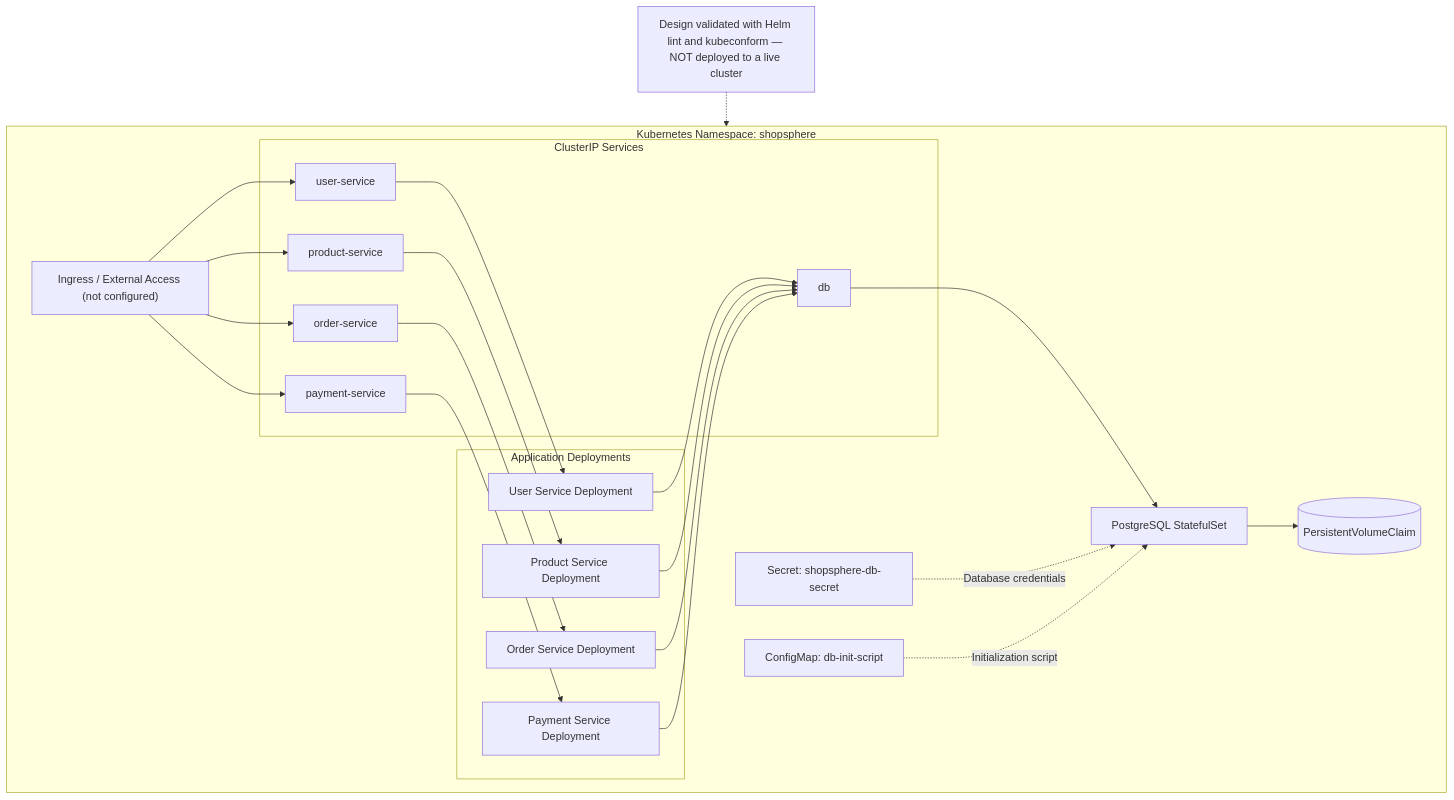
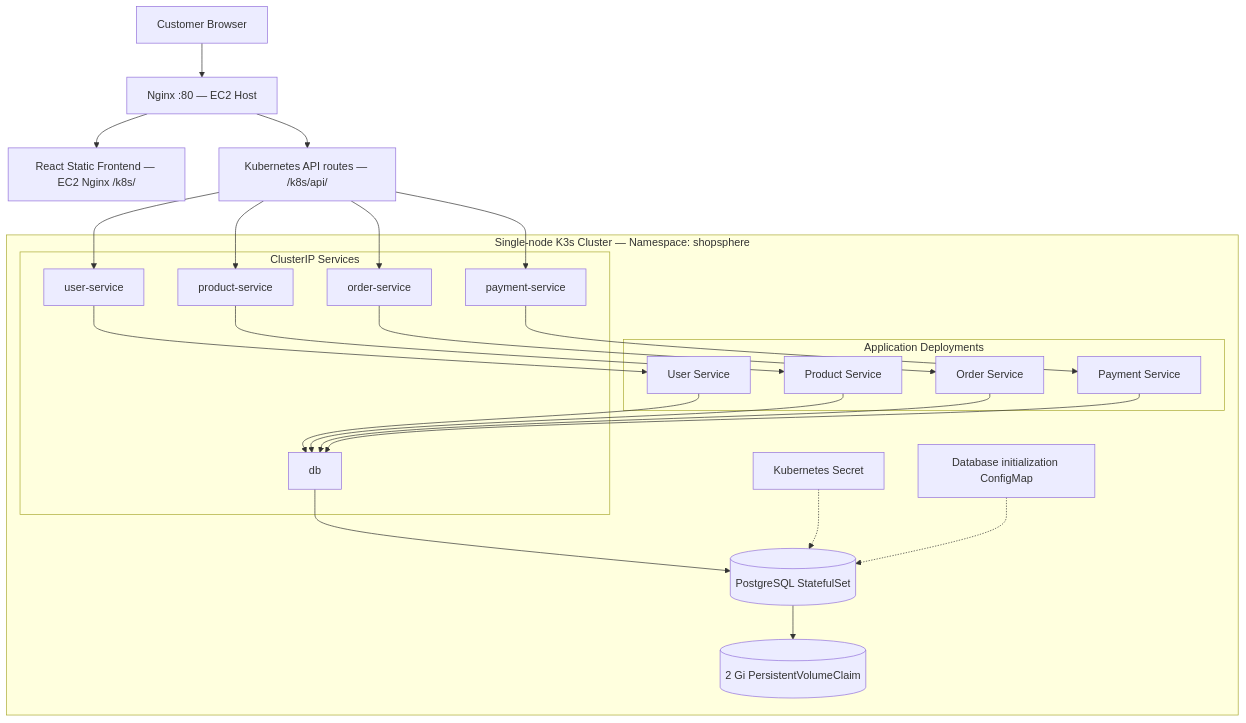
Before and after one commit to ahmad24mliwala/shopsphere-devops-platform: the third of 3 diagrams in README.md, drawn with Mermaid. The commit also changed other lines of this file and 3 other files, not shown here.

Commit message:
Complete Kubernetes deployment and update project documentation

````diff
--- a/README.md
+++ b/README.md
@@ -296,47 +325,49 @@
 ```mermaid
 flowchart TB
-    STATUS["Design validated with Helm lint and kubeconform — NOT deployed to a live cluster"]
+    USER["Customer Browser"]
+    NGINX["Nginx :80 — EC2 Host"]
+    FRONTEND["React Static Frontend — EC2 Nginx /k8s/"]
+    API["Kubernetes API routes — /k8s/api/"]
 
-    subgraph K8S["Kubernetes Namespace: shopsphere"]
-        ING["Ingress / External Access (not configured)"]
-
+    subgraph K8S["Single-node K3s Cluster — Namespace: shopsphere"]
         subgraph APPS["Application Deployments"]
-            U["User Service Deployment"]
-            P["Product Service Deployment"]
-            O["Order Service Deployment"]
-            PAY["Payment Service Deployment"]
+            U["User Service"]
+            P["Product Service"]
+            O["Order Service"]
+            PAY["Payment Service"]
         end
 
         subgraph SERVICES["ClusterIP Services"]
             US["user-service"]
             PS["product-service"]
             OS["order-service"]
             PAYS["payment-service"]
             DBS["db"]
         end
 
-        DB["PostgreSQL StatefulSet"]
-        PVC[("PersistentVolumeClaim")]
-        SECRET["Secret: shopsphere-db-secret"]
-        CM["ConfigMap: db-init-script"]
+        DB[("PostgreSQL StatefulSet")]
+        PVC[("2 Gi PersistentVolumeClaim")]
+        SECRET["Kubernetes Secret"]
+        CM["Database initialization ConfigMap"]
     end
 
-    STATUS -.-> K8S
-    ING --> US
-    ING --> PS
-    ING --> OS
-    ING --> PAYS
+    USER --> NGINX
+    NGINX --> FRONTEND
+    NGINX --> API
+    API --> US
+    API --> PS
+    API --> OS
+    API --> PAYS
     US --> U
     PS --> P
     OS --> O
     PAYS --> PAY
-
     U --> DBS
     P --> DBS
     O --> DBS
     PAY --> DBS
     DBS --> DB
     DB --> PVC
-    SECRET -. "Database credentials" .-> DB
-    CM -. "Initialization script" .-> DB
+    SECRET -.-> DB
+    CM -.-> DB
 ```
````
